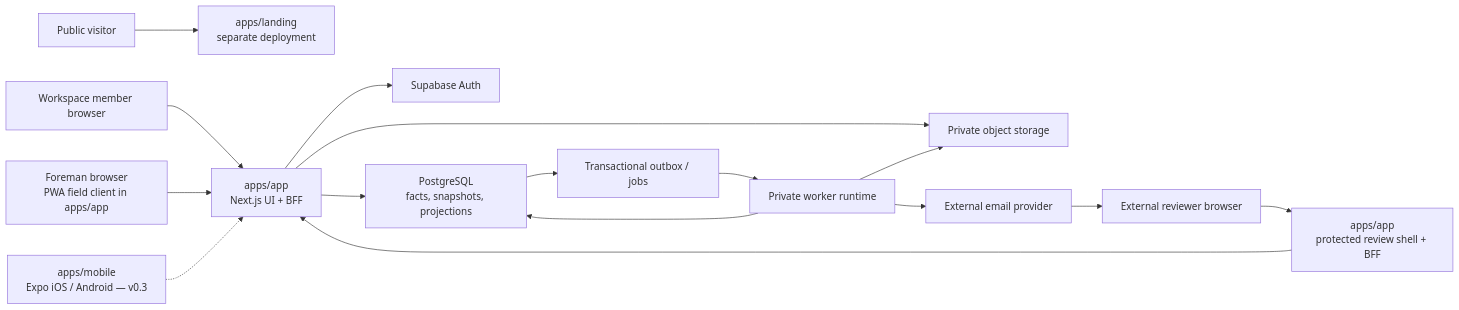
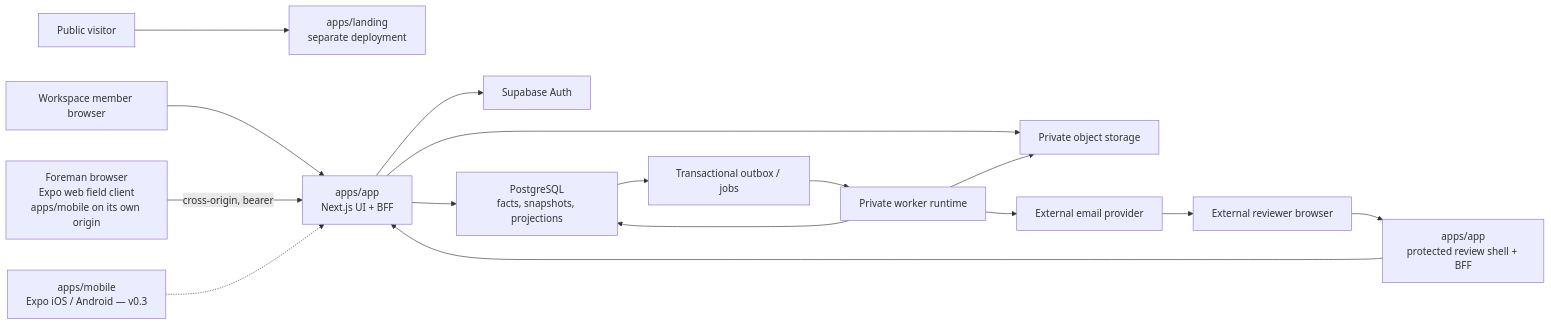
One commit to akisly/go-proceed changed the diagram in docs/architecture/system-overview.md. Above: the diagram before and after it, drawn with Mermaid. The commit also changed other lines of this file and 152 other files, not shown here.

````diff
--- a/docs/architecture/system-overview.md
+++ b/docs/architecture/system-overview.md
@@ -458,20 +477,20 @@
 ```mermaid
 flowchart LR
   Visitor["Public visitor"] --> Landing["apps/landing\nseparate deployment"]
   Member["Workspace member browser"] --> App["apps/app\nNext.js UI + BFF"]
-  Field["Foreman browser\nPWA field client in apps/app"] --> App
+  Field["Foreman browser\nExpo web field client\napps/mobile on its own origin"] -->|"cross-origin, bearer"| App
   Reviewer["External reviewer browser"] --> Review["apps/app\nprotected review shell + BFF"]
   Native["apps/mobile\nExpo iOS / Android — v0.3"] -.-> App
   Review --> App
 
   App --> Auth["Supabase Auth"]
   App --> DB["PostgreSQL\nfacts, snapshots, projections"]
   App --> Storage["Private object storage"]
 
   DB --> Outbox["Transactional outbox / jobs"]
   Outbox --> Worker["Private worker runtime"]
   Worker --> DB
   Worker --> Storage
   Worker --> Email["External email provider"]
   Email --> Reviewer
 ```
````
